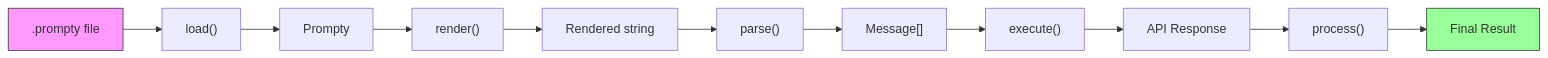
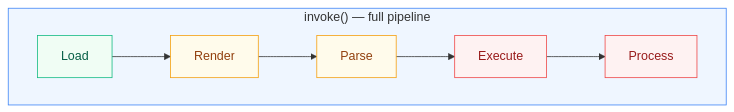
The second of 2 diagrams in web/src/content/docs/core-concepts/pipeline.mdx (microsoft/prompty), drawn with Mermaid before and after one commit. The commit also changed other lines of this file and 2 other files, not shown here.

First line of the commit message:
docs: improve diagrams and add custom tracer guide

````diff
--- a/web/src/content/docs/core-concepts/pipeline.mdx
+++ b/web/src/content/docs/core-concepts/pipeline.mdx
@@ -21,16 +199,14 @@
 ```mermaid
-graph LR
-    A[".prompty file"] --> B["load()"]
-    B --> C["Prompty"]
-    C --> D["render()"]
-    D --> E["Rendered string"]
-    E --> F["parse()"]
-    F --> G["Message[]"]
-    G --> H["execute()"]
-    H --> I["API Response"]
-    I --> J["process()"]
-    J --> K["Final Result"]
+flowchart LR
+    subgraph invoke ["invoke() — full pipeline"]
+        direction LR
+        L["Load"] --> R["Render"] --> P["Parse"] --> E["Execute"] --> PR["Process"]
+    end
 
-    style A fill:#f9f,stroke:#333
-    style K fill:#9f9,stroke:#333
+    style invoke fill:#eff6ff,stroke:#3b82f6
+    style L fill:#f0fdf4,stroke:#10b981,color:#065f46
+    style R fill:#fffbeb,stroke:#f59e0b,color:#92400e
+    style P fill:#fffbeb,stroke:#f59e0b,color:#92400e
+    style E fill:#fef2f2,stroke:#ef4444,color:#991b1b
+    style PR fill:#fef2f2,stroke:#ef4444,color:#991b1b
 ```
````
